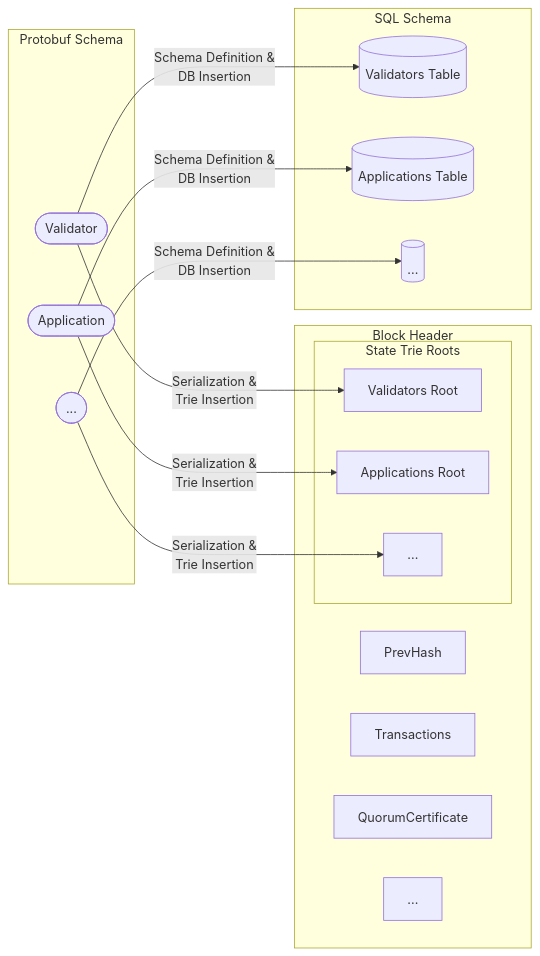
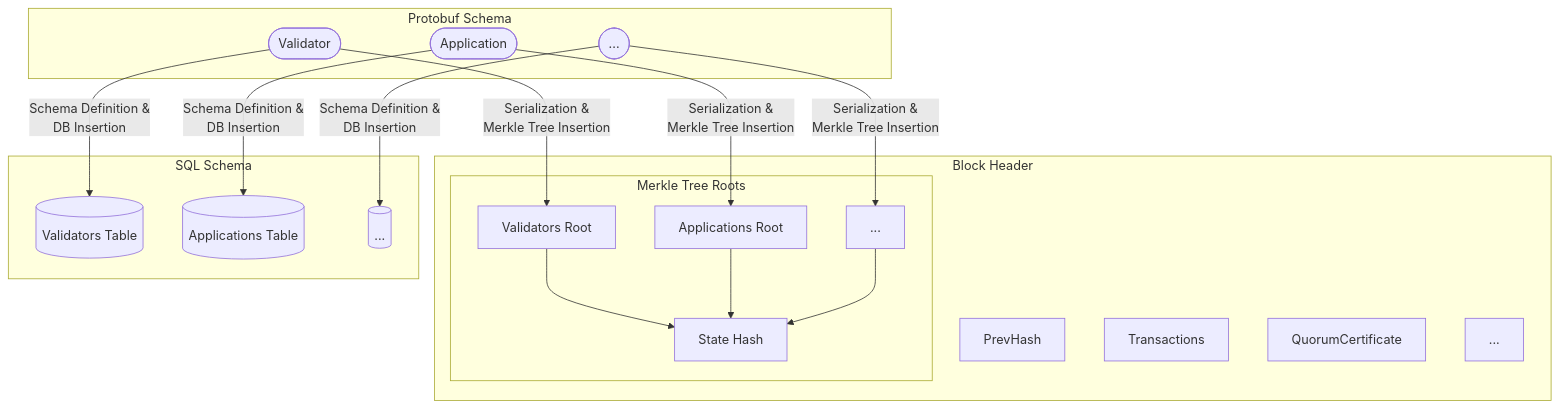
Before and after one commit to pokt-network/pocket-network-protocol: the sixth of 6 diagrams in persistence/README.md, drawn with Mermaid. The commit also changed other lines of this file, not shown here.

````diff
--- a/persistence/README.md
+++ b/persistence/README.md
@@ -437,36 +360,41 @@
 ```mermaid
-flowchart LR
+flowchart TD
     subgraph Block Header
         PrevHash
         Transactions
         QuorumCertificate
         OBH[...]
-        subgraph State Trie Roots
+        subgraph Merkle Tree Roots
             VR[Validators Root]
             AR[Applications Root]
             OSTR[...]
+            ROOT[State Hash]
         end
     end
 
     %% Source of Truth
     subgraph "Protobuf Schema"
         VP([Validator])
         AP([Application])
         OPS([...])
     end
 
     %% Client Customizable
     subgraph "SQL Schema"
         VT[(Validators Table)]
         AT[(Applications Table)]
         OSS[(...)]
     end
 
-    VP -- Serialization & \n Trie Insertion --> VR
-    AP -- Serialization & \n Trie Insertion --> AR
-    OPS -- Serialization & \n Trie Insertion --> OSTR
+    VP -- Serialization & \n Merkle Tree Insertion --> VR
+    AP -- Serialization & \n Merkle Tree Insertion --> AR
+    OPS -- Serialization & \n Merkle Tree Insertion --> OSTR
+
+    VR --> ROOT
+    AR --> ROOT
+    OSTR --> ROOT
 
     VP -- Schema Definition & \n DB Insertion --> VT
     AP -- Schema Definition & \n DB Insertion --> AT
     OPS -- Schema Definition & \n DB Insertion --> OSS
 ```
````
